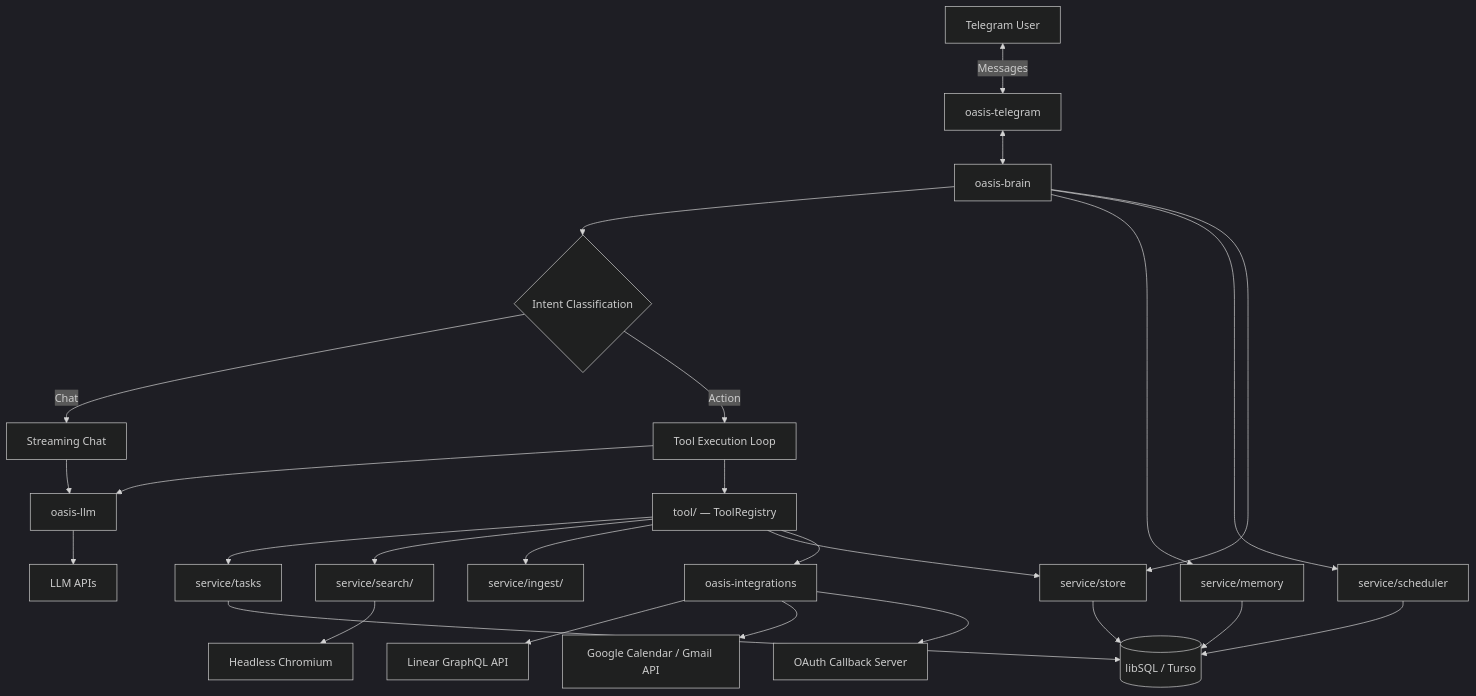
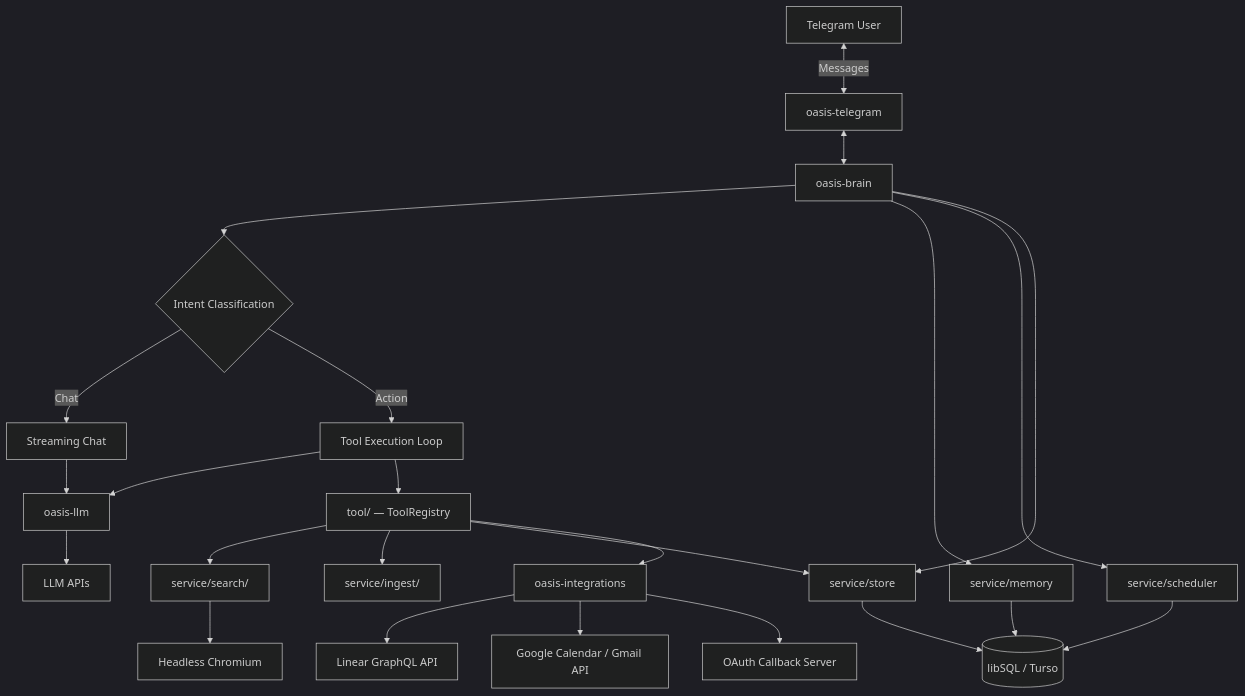
The first of 7 diagrams in docs/ARCHITECTURE.md (nevindra/oasis), drawn with Mermaid (dark theme) before and after one commit. The commit also changed other lines of this file and 4 other files, not shown here.

First line of the commit message:
docs: add comprehensive architecture and coding conventions documentation

````diff
--- a/docs/ARCHITECTURE.md
+++ b/docs/ARCHITECTURE.md
@@ -7,35 +7,33 @@
 ```mermaid
 graph TB
     User[Telegram User] <-->|Messages| TG[oasis-telegram]
     TG <--> Brain[oasis-brain]
 
     Brain --> Intent{Intent Classification}
     Intent -->|Chat| Stream[Streaming Chat]
     Intent -->|Action| ToolLoop[Tool Execution Loop]
 
     Stream --> LLM[oasis-llm]
     ToolLoop --> LLM
     ToolLoop --> Tools[tool/ — ToolRegistry]
 
-    Tools --> Tasks[service/tasks]
     Tools --> Search[service/search/]
     Tools --> Ingest[service/ingest/]
     Tools --> Store[service/store]
     Tools --> Integrations[oasis-integrations]
 
     Brain --> Memory[service/memory]
     Brain --> Scheduler[service/scheduler]
     Brain --> Store
 
     Store --> DB[(libSQL / Turso)]
-    Tasks --> DB
     Memory --> DB
     Scheduler --> DB
 
     Integrations --> LinearAPI[Linear GraphQL API]
     Integrations --> GoogleAPI[Google Calendar / Gmail API]
     Integrations --> OAuthServer[OAuth Callback Server]
 
     Search --> Chrome[Headless Chromium]
     LLM --> APIs[LLM APIs]
 ```
````
